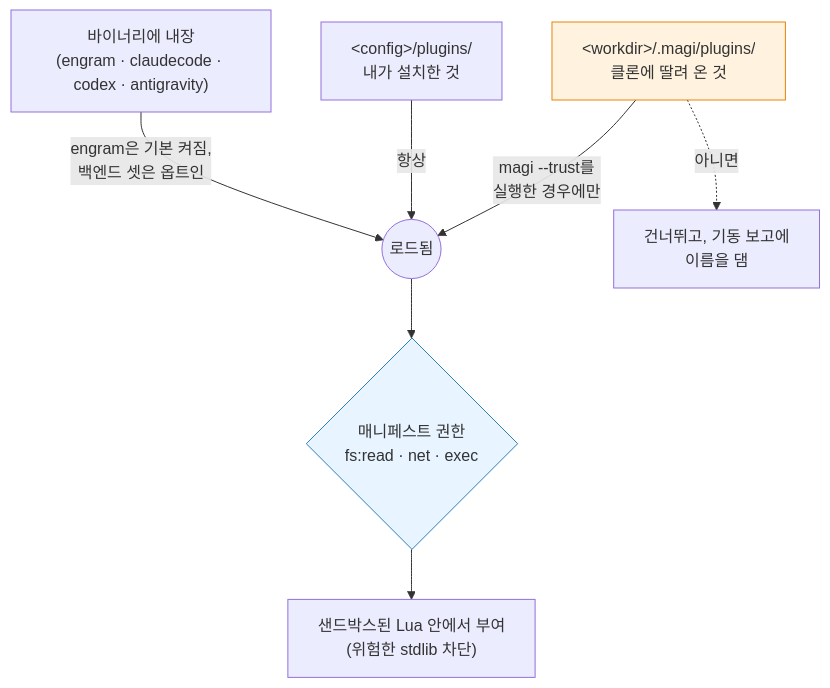
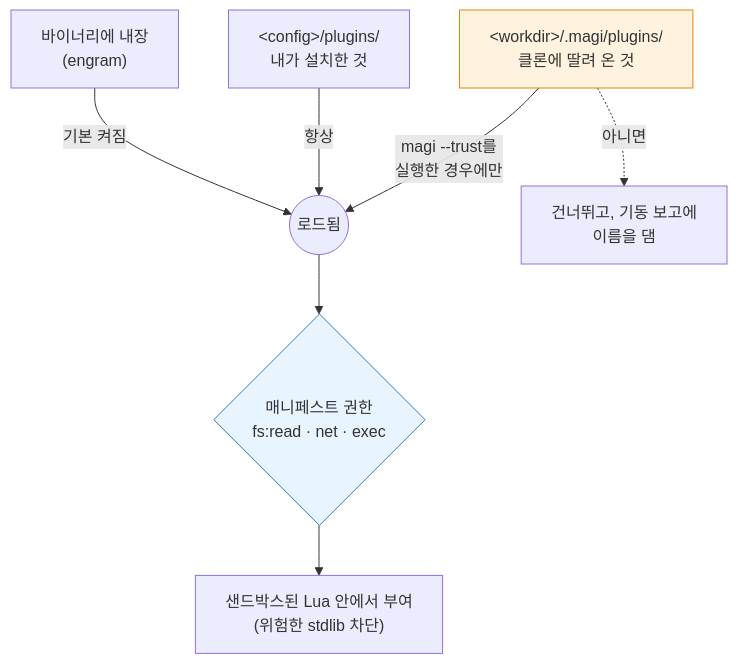
One commit to sayaya1090/magi changed diagram 11 of 19 in docs/MANUAL.ko.md. Above: the diagram before and after it, drawn with Mermaid. The commit also changed other lines of this file and 27 other files, not shown here.

````diff
--- a/docs/MANUAL.ko.md
+++ b/docs/MANUAL.ko.md
@@ -1314,12 +1312,12 @@
 ```mermaid
 flowchart TD
-    E["바이너리에 내장<br/>(engram · claudecode · codex · antigravity)"] -->|"engram은 기본 켜짐,<br/>백엔드 셋은 옵트인"| L((로드됨))
+    E["바이너리에 내장<br/>(engram)"] -->|"기본 켜짐"| L((로드됨))
     G["&lt;config&gt;/plugins/<br/>내가 설치한 것"] -->|"항상"| L
     W["&lt;workdir&gt;/.magi/plugins/<br/>클론에 딸려 온 것"] -->|"magi --trust를<br/>실행한 경우에만"| L
     W -.->|"아니면"| S["건너뛰고, 기동 보고에<br/>이름을 댐"]
     L --> P{"매니페스트 권한<br/>fs:read · net · exec"}
     P --> R["샌드박스된 Lua 안에서 부여<br/>(위험한 stdlib 차단)"]
 
     style W fill:#fff3e0,stroke:#e8820c
     style P fill:#e8f4ff,stroke:#2c7fb8
 ```
````
